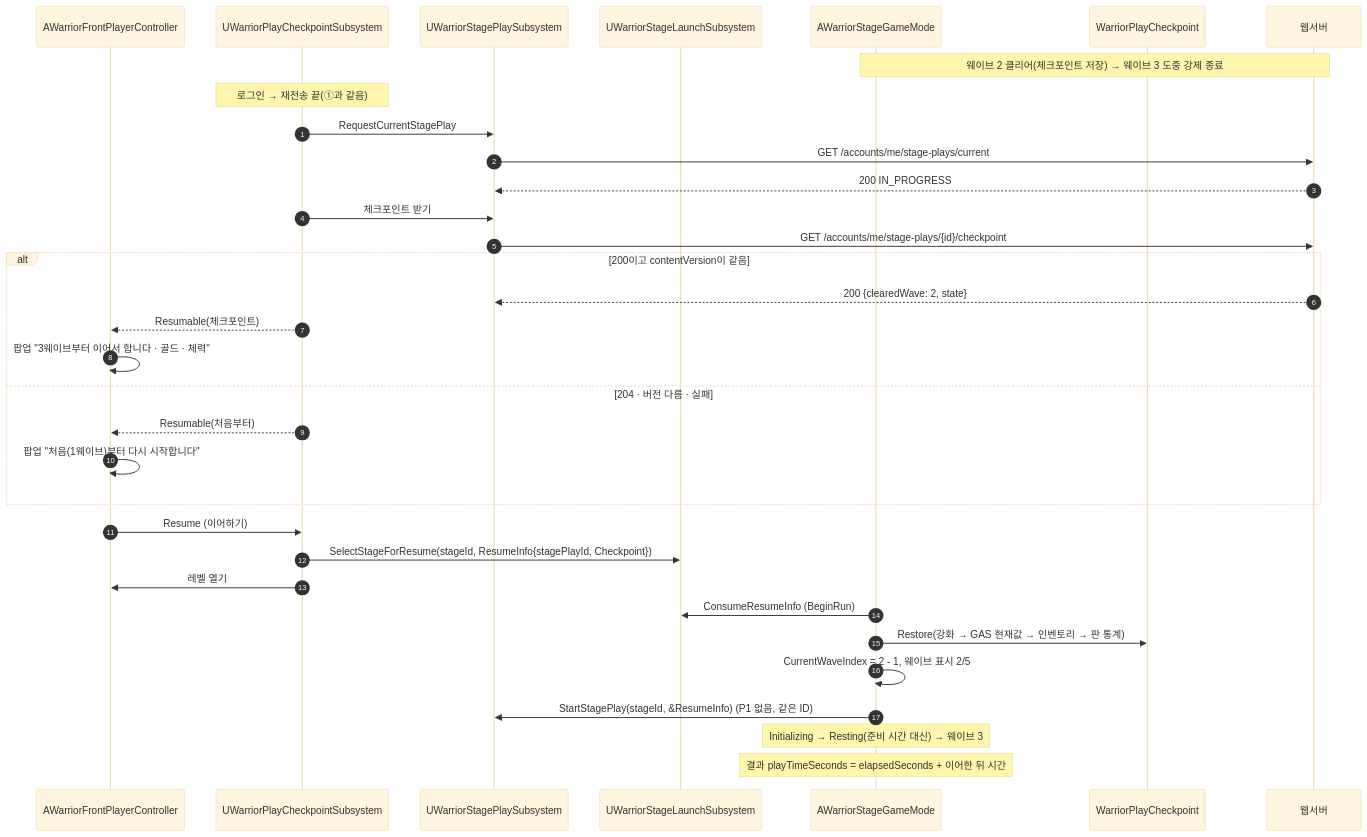
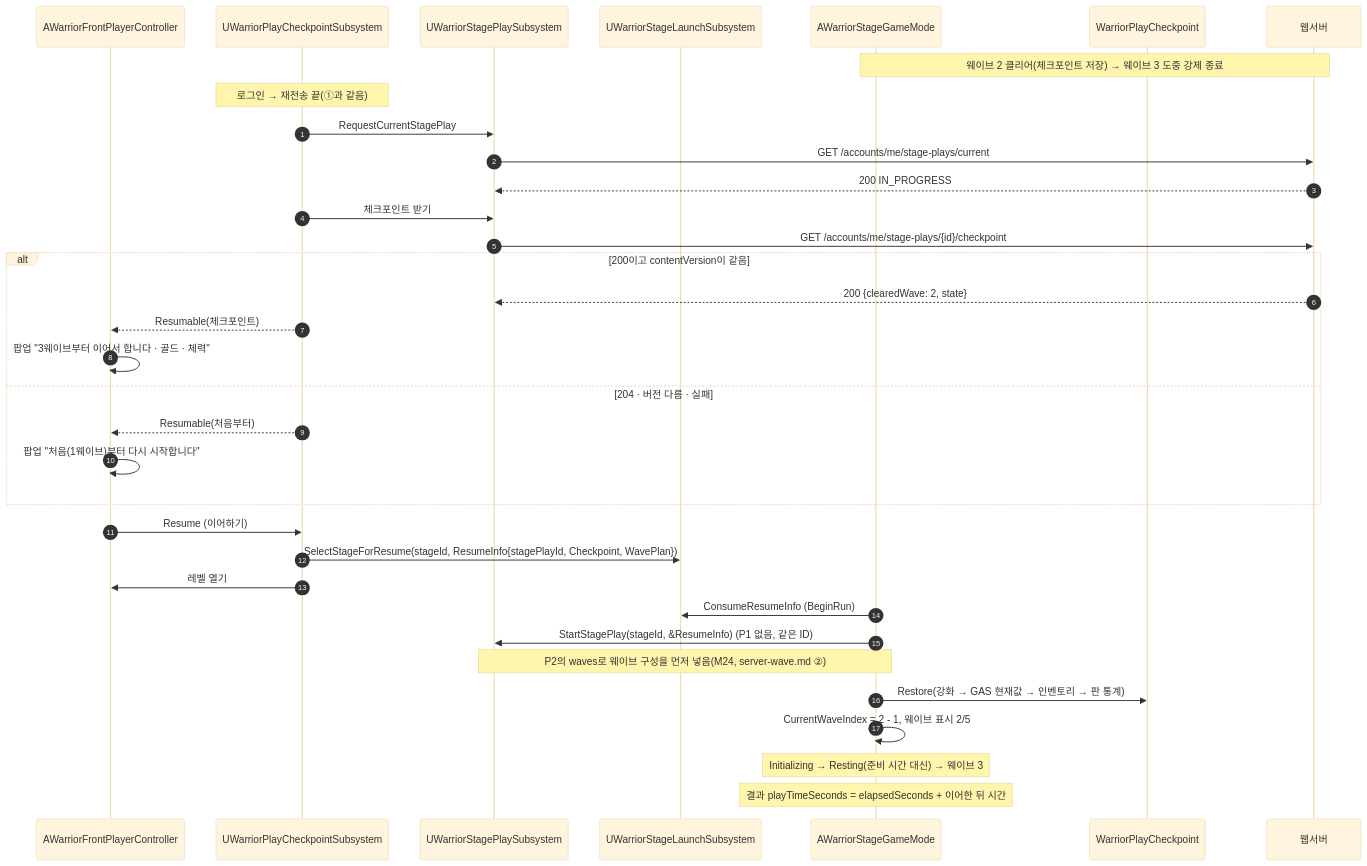
The seventh of 7 diagrams in docs/flows/play-checkpoint.md (NBCGameServerCamp09Team01/PW01), drawn with Mermaid (base theme) before and after one commit. The commit also changed other lines of this file and 10 other files, not shown here.

````diff
--- a/docs/flows/play-checkpoint.md
+++ b/docs/flows/play-checkpoint.md
@@ -194,36 +194,37 @@
 ```mermaid
 sequenceDiagram
   autonumber
   participant FPC as AWarriorFrontPlayerController
   participant CP as UWarriorPlayCheckpointSubsystem
   participant SP as UWarriorStagePlaySubsystem
   participant SL as UWarriorStageLaunchSubsystem
   participant GM as AWarriorStageGameMode
   participant CPL as WarriorPlayCheckpoint
   participant WS as 웹서버
 
   Note over GM,WS: 웨이브 2 클리어(체크포인트 저장) → 웨이브 3 도중 강제 종료
   Note over CP: 로그인 → 재전송 끝(①과 같음)
   CP->>SP: RequestCurrentStagePlay
   SP->>WS: GET /accounts/me/stage-plays/current
   WS-->>SP: 200 IN_PROGRESS
   CP->>SP: 체크포인트 받기
   SP->>WS: GET /accounts/me/stage-plays/{id}/checkpoint
   alt 200이고 contentVersion이 같음
     WS-->>SP: 200 {clearedWave: 2, state}
     CP-->>FPC: Resumable(체크포인트)
     FPC->>FPC: 팝업 "3웨이브부터 이어서 합니다 · 골드 · 체력"
   else 204 · 버전 다름 · 실패
     CP-->>FPC: Resumable(처음부터)
     FPC->>FPC: 팝업 "처음(1웨이브)부터 다시 시작합니다"
   end
   FPC->>CP: Resume (이어하기)
-  CP->>SL: SelectStageForResume(stageId, ResumeInfo{stagePlayId, Checkpoint})
+  CP->>SL: SelectStageForResume(stageId, ResumeInfo{stagePlayId, Checkpoint, WavePlan})
   CP->>FPC: 레벨 열기
   GM->>SL: ConsumeResumeInfo (BeginRun)
+  GM->>SP: StartStagePlay(stageId, &ResumeInfo) (P1 없음, 같은 ID)
+  Note over GM,SP: P2의 waves로 웨이브 구성을 먼저 넣음(M24, server-wave.md ②)
   GM->>CPL: Restore(강화 → GAS 현재값 → 인벤토리 → 판 통계)
   GM->>GM: CurrentWaveIndex = 2 - 1, 웨이브 표시 2/5
-  GM->>SP: StartStagePlay(stageId, &ResumeInfo) (P1 없음, 같은 ID)
   Note over GM: Initializing → Resting(준비 시간 대신) → 웨이브 3
   Note over GM: 결과 playTimeSeconds = elapsedSeconds + 이어한 뒤 시간
 ```
````
